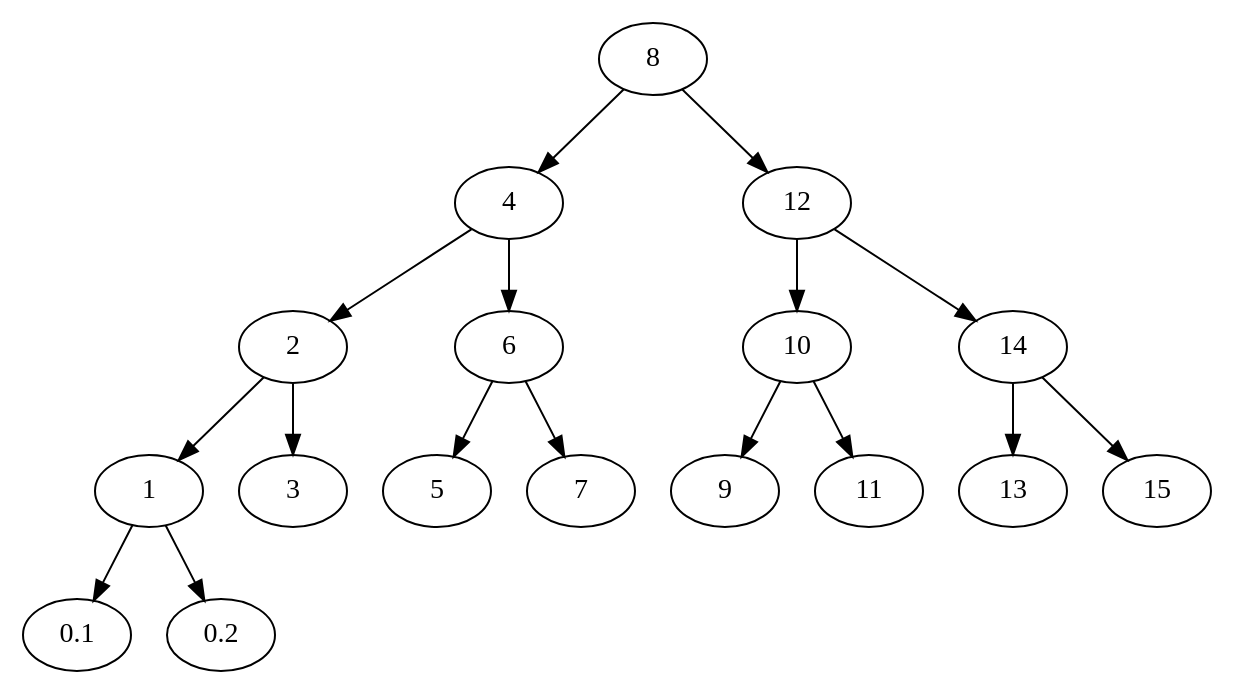
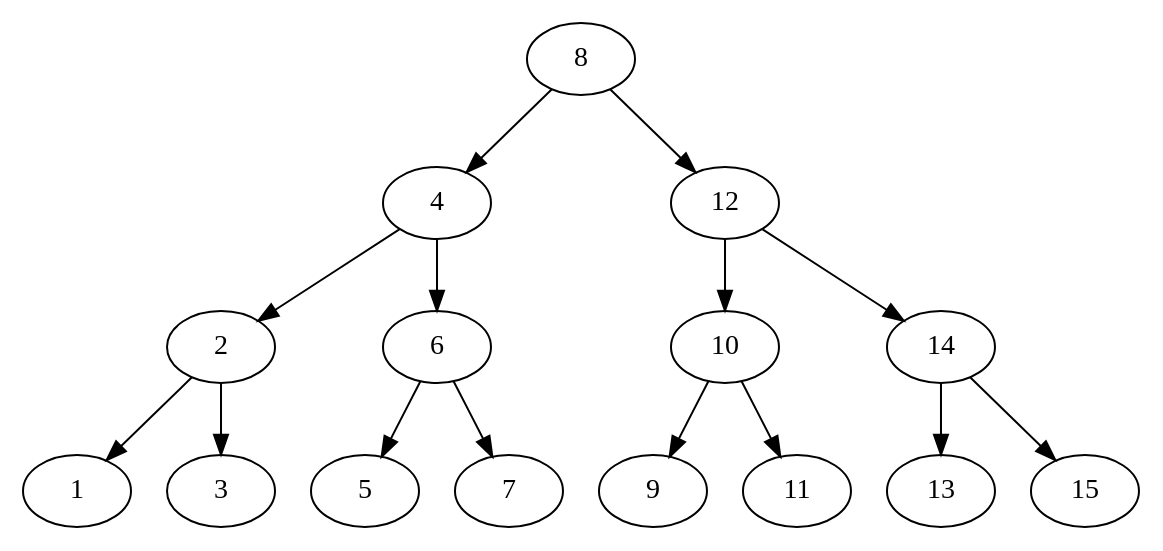
Before and after one commit to rugbyprof/2143-Object-Oriented-Programming: the diagram in Assignments/10-P02/dot_files/binary_tree.dot, drawn with Graphviz. The commit also changed 8 other files, not shown here.

```diff
--- a/Assignments/10-P02/dot_files/binary_tree.dot
+++ b/Assignments/10-P02/dot_files/binary_tree.dot
@@ -1,18 +1,16 @@
-digraph mygraph {
-   8 -> 4
-   8 -> 12
-   4 -> 2
-   4 -> 6
+digraph {
+   8  -> 4
+   8  -> 12
+   4  -> 2
+   4  -> 6
    12 -> 10
    12 ->14
-   2 -> 1
-   2 -> 3
-   6 -> 5
-   6 -> 7
+   2  -> 1
+   2  -> 3
+   6  -> 5
+   6  -> 7
    10 -> 9
    10 -> 11
    14 -> 13
    14 -> 15
-   1 -> 0.1
-   1 -> 0.2
 }
```
